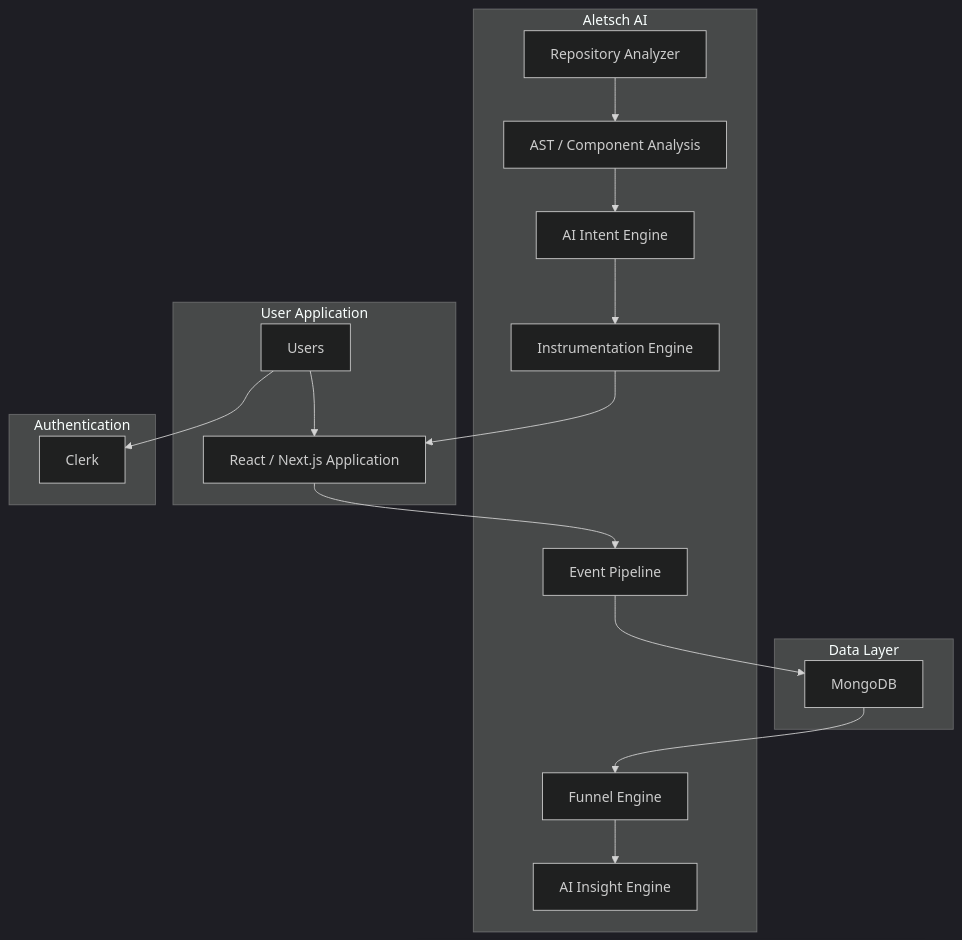
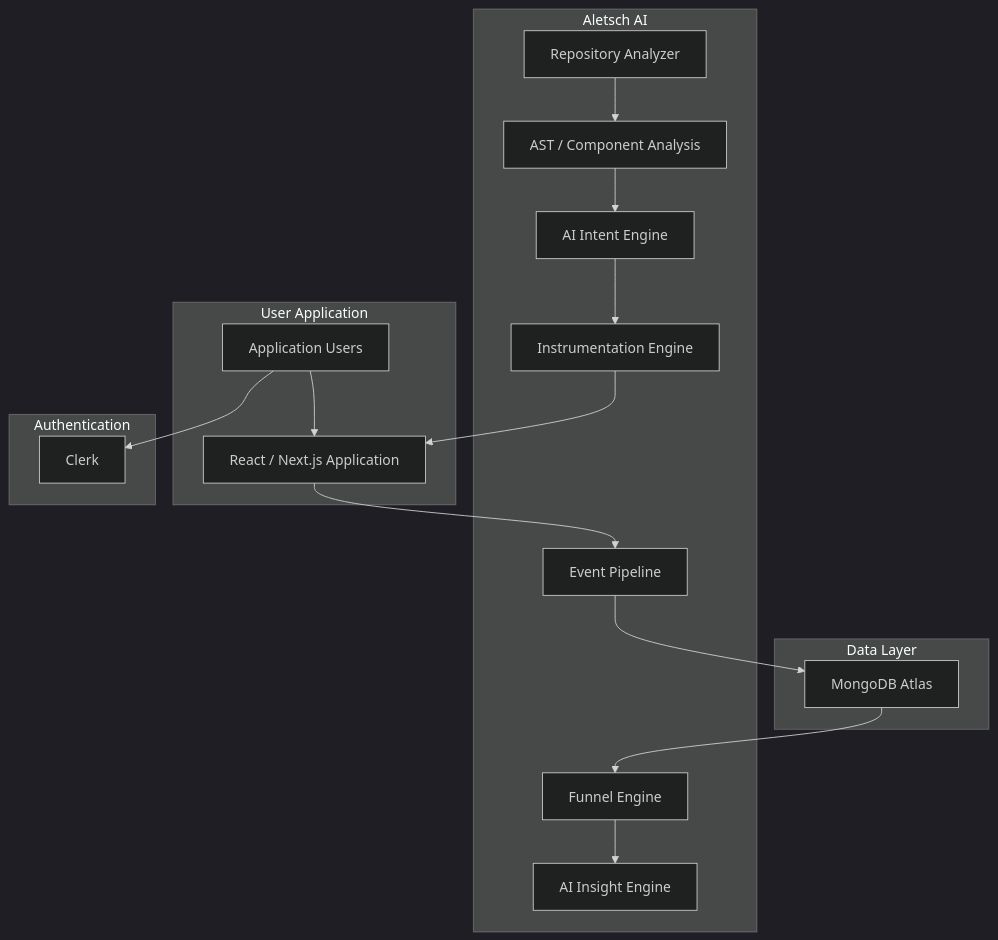
Diagram 12 of 17 in README.md (valentino0405/aletsch_ai), drawn with Mermaid (dark theme) before and after one commit. The commit also changed other lines of this file, not shown here.

````diff
--- a/README.md
+++ b/README.md
@@ -418,40 +588,42 @@
 ```mermaid
 flowchart TB
 
     subgraph APP["User Application"]
         UI["React / Next.js Application"]
-        USER["Users"]
+        USERS["Application Users"]
     end
 
     subgraph ALETSCH["Aletsch AI"]
         REPO["Repository Analyzer"]
         AST["AST / Component Analysis"]
         INTENT["AI Intent Engine"]
         INSTRUMENT["Instrumentation Engine"]
         EVENTS["Event Pipeline"]
         FUNNEL["Funnel Engine"]
         INSIGHTS["AI Insight Engine"]
     end
 
     subgraph DATA["Data Layer"]
-        DB["MongoDB"]
+        DB["MongoDB Atlas"]
     end
 
     subgraph AUTH["Authentication"]
         CLERK["Clerk"]
     end
 
-    USER --> UI
-    UI --> EVENTS
+    USERS --> UI
 
     REPO --> AST
     AST --> INTENT
     INTENT --> INSTRUMENT
+
     INSTRUMENT --> UI
 
+    UI --> EVENTS
     EVENTS --> DB
+
     DB --> FUNNEL
     FUNNEL --> INSIGHTS
 
-    USER --> CLERK
+    USERS --> CLERK
 ```
````
